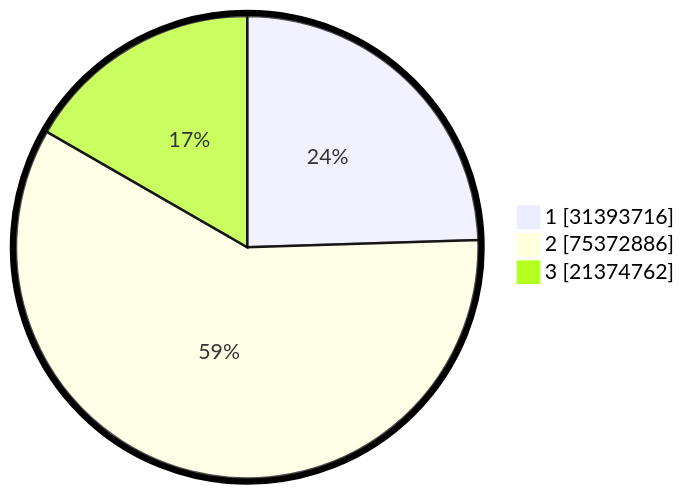
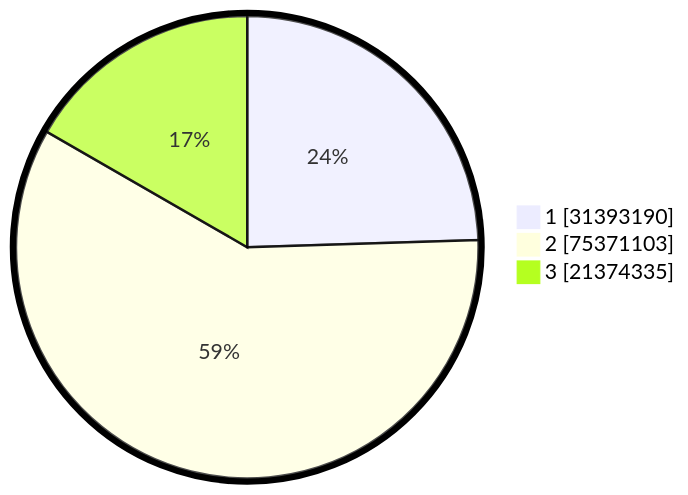
One commit to gigit-pemilu/pemilu-2024 changed the second of 2 diagrams in pilpres/hitung-suara/README.md. Above: the diagram before and after it, drawn with Mermaid. The commit also changed other lines of this file and 11 other files, not shown here.

````diff
--- a/pilpres/hitung-suara/README.md
+++ b/pilpres/hitung-suara/README.md
@@ -93,7 +93,7 @@
 ```mermaid
 %%{init: {"pie": {"textPosition": 0.5}, "themeVariables": {"pieOuterStrokeWidth": "5px"}} }%%
 pie showData
-    "1" : 31393716
-    "2" : 75372886
-    "3" : 21374762
+    "1" : 31393190
+    "2" : 75371103
+    "3" : 21374335
 ```
````
